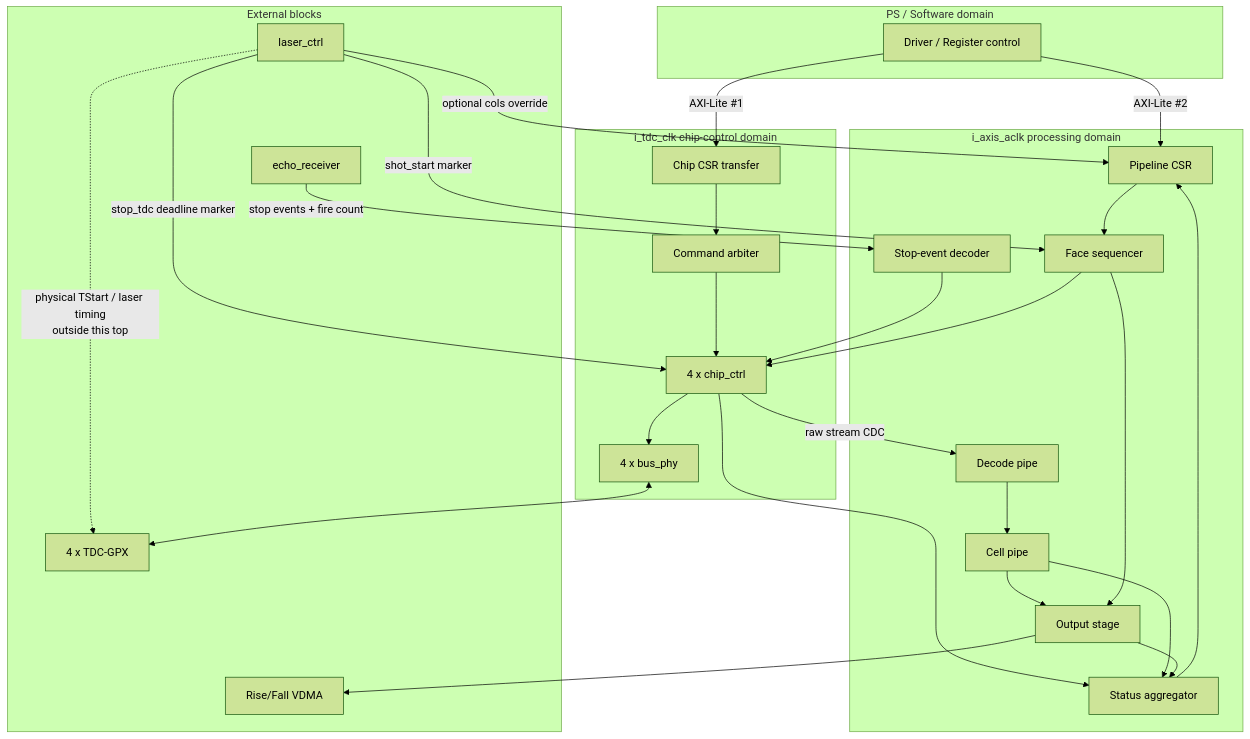
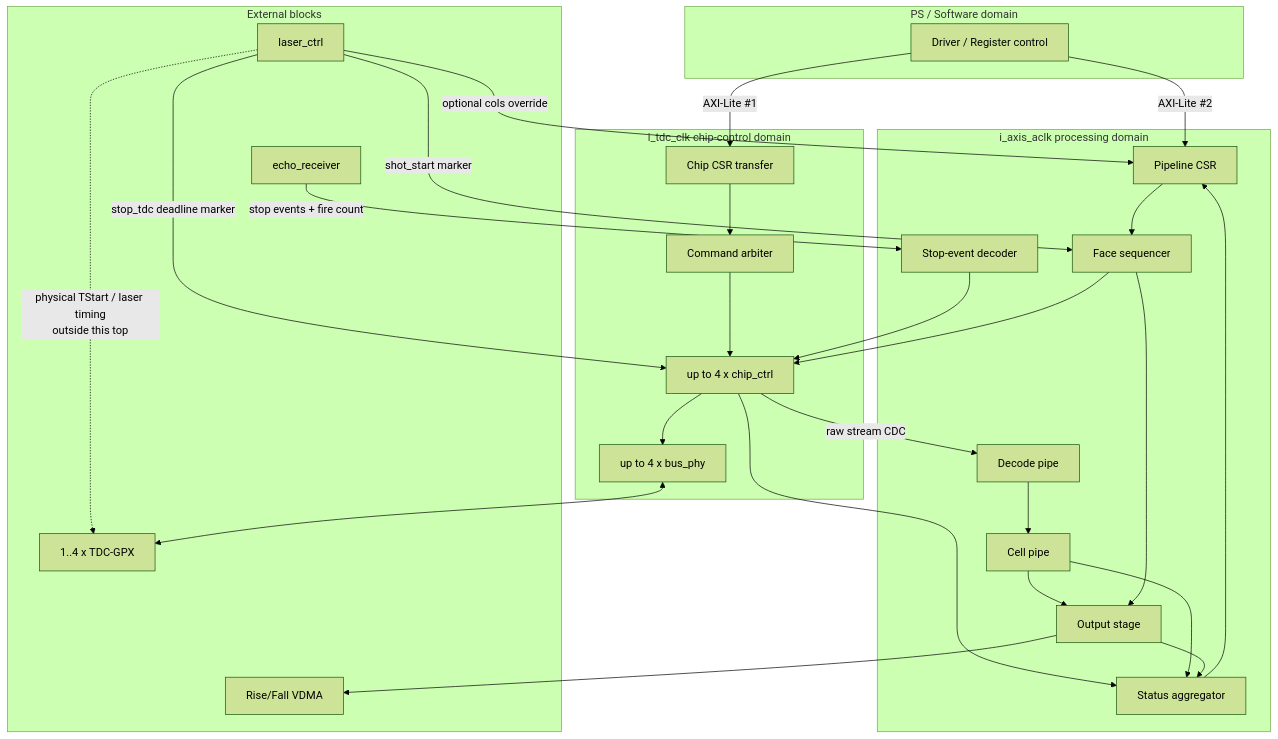
One commit to haneulia/tdc_gpx_ctrl changed the third of 15 diagrams in Doc/tdc_gpx_top_신호처리_상세_사용_설명서.md. Above: the diagram before and after it, drawn with Mermaid (forest theme). The commit also changed other lines of this file and 2 other files, not shown here.

Commit message:
docs: close dynamic TDC pin contract

````diff
--- a/Doc/tdc_gpx_top_신호처리_상세_사용_설명서.md
+++ b/Doc/tdc_gpx_top_신호처리_상세_사용_설명서.md
@@ -102,54 +102,54 @@
 ```mermaid
 flowchart TB
     subgraph PS["PS / Software domain"]
         SW["Driver / Register control"]
     end
 
     subgraph AX["i_axis_aclk processing domain"]
         PCSR["Pipeline CSR"]
         SEQ["Face sequencer"]
         STOP["Stop-event decoder"]
         DEC["Decode pipe"]
         CELL["Cell pipe"]
         OUT["Output stage"]
         STAT["Status aggregator"]
     end
 
     subgraph TDC["i_tdc_clk chip-control domain"]
         CCSR["Chip CSR transfer"]
         ARB["Command arbiter"]
-        CHIP["4 x chip_ctrl"]
-        PHY["4 x bus_phy"]
+        CHIP["up to 4 x chip_ctrl"]
+        PHY["up to 4 x bus_phy"]
     end
 
     subgraph EXT["External blocks"]
         LASER["laser_ctrl"]
         ECHO["echo_receiver"]
-        GPX["4 x TDC-GPX"]
+        GPX["1..4 x TDC-GPX"]
         DMA["Rise/Fall VDMA"]
     end
 
     SW -->|"AXI-Lite #2"| PCSR
     SW -->|"AXI-Lite #1"| CCSR
     LASER -->|"shot_start marker"| SEQ
     LASER -->|"stop_tdc deadline marker"| CHIP
     LASER -.->|"physical TStart / laser timing\noutside this top"| GPX
     LASER -->|"optional cols override"| PCSR
     ECHO -->|"stop events + fire count"| STOP
     PCSR --> SEQ
     CCSR --> ARB
     STOP --> CHIP
     SEQ --> CHIP
     ARB --> CHIP
     CHIP --> PHY
     PHY <--> GPX
     CHIP -->|"raw stream CDC"| DEC
     DEC --> CELL
     CELL --> OUT
     SEQ --> OUT
     OUT --> DMA
     CHIP --> STAT
     CELL --> STAT
     OUT --> STAT
     STAT --> PCSR
 ```
````
